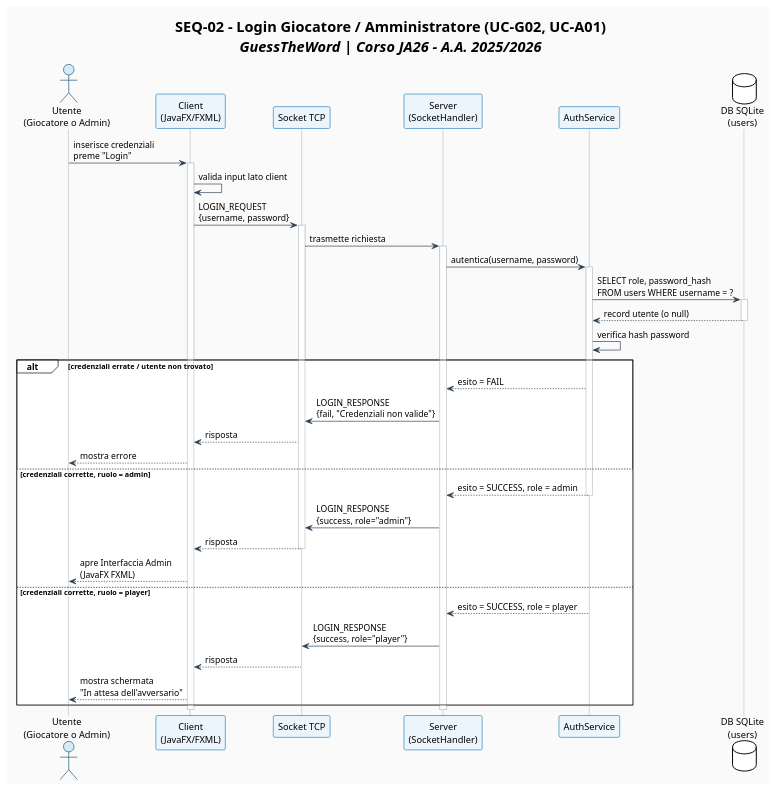
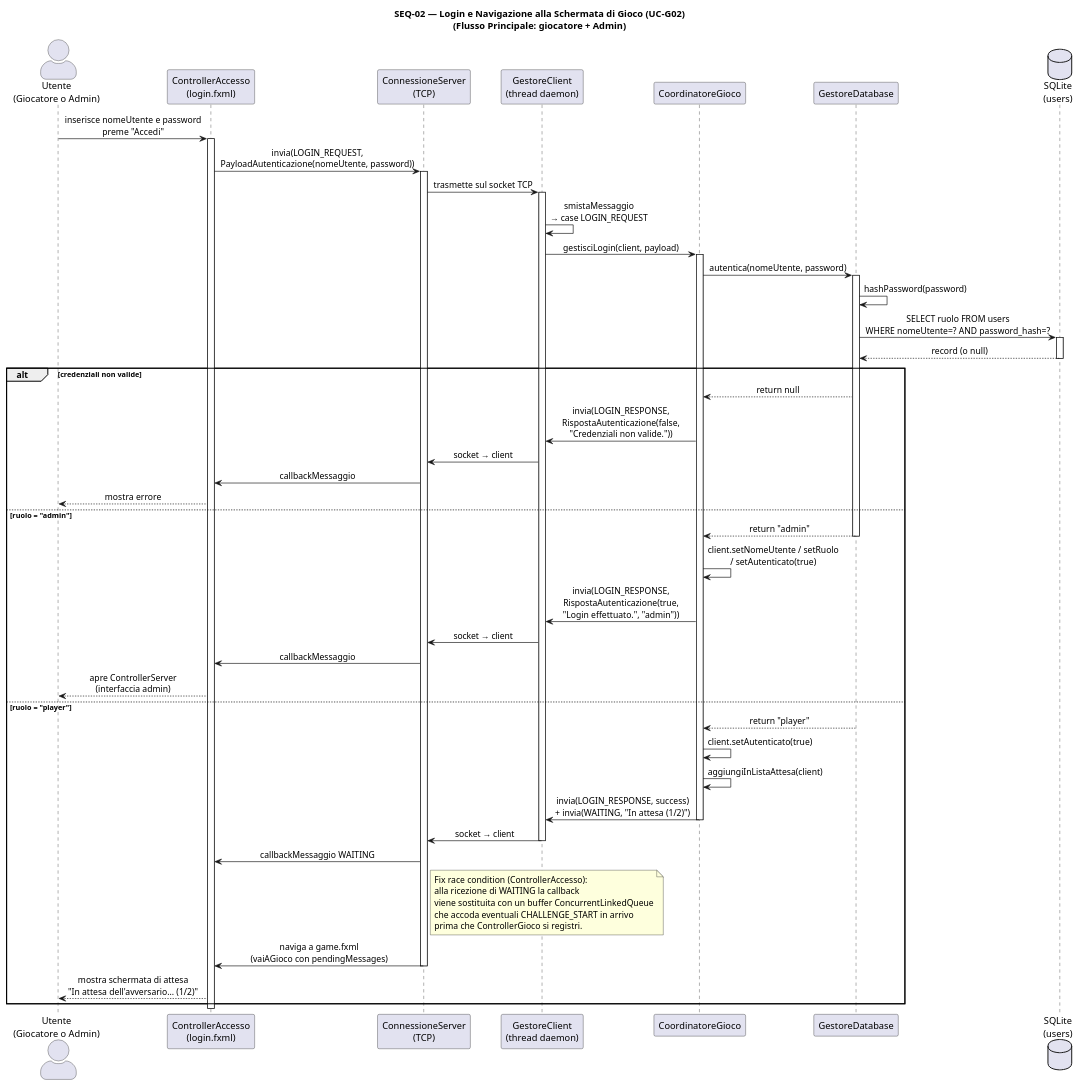
One commit to Michele-Pio-Russo/Progetto_Java_Avanzata_Gruppo_2 changed the diagram in Documenti/Diagrammi/SEQ_02_Login.puml. Above: the diagram before and after it, drawn with PlantUML. The commit also changed 188 other files, not shown here.

```diff
--- a/Documenti/Diagrammi/SEQ_02_Login.puml
+++ b/Documenti/Diagrammi/SEQ_02_Login.puml
@@ -1,64 +1,77 @@
 @startuml SEQ_02_Login
-!theme plain
-skinparam backgroundColor #FAFAFA
-skinparam sequence {
-    ArrowColor #2C3E50
-    ActorBorderColor #1A5276
-    ActorBackgroundColor #D6EAF8
-    ParticipantBorderColor #2980B9
-    ParticipantBackgroundColor #EBF5FB
-    LifeLineBorderColor #BDC3C7
-}
+skinparam actorStyle awesome
+skinparam sequenceMessageAlign center
 
-title <b>SEQ-02 – Login Giocatore / Amministratore (UC-G02, UC-A01)</b>\n<i>GuessTheWord | Corso JA26 – A.A. 2025/2026</i>
+title SEQ-02 — Login e Navigazione alla Schermata di Gioco (UC-G02)\n(Flusso Principale: giocatore + Admin)
 
 actor "Utente\n(Giocatore o Admin)" as User
-participant "Client\n(JavaFX/FXML)" as Client
-participant "Socket TCP" as Socket
-participant "Server\n(SocketHandler)" as Server
-participant "AuthService" as Auth
-database "DB SQLite\n(users)" as DB
+participant "ControllerAccesso\n(login.fxml)" as Ctrl
+participant "ConnessioneServer\n(TCP)" as Conn
+participant "GestoreClient\n(thread daemon)" as GC
+participant "CoordinatoreGioco" as Coord
+participant "GestoreDatabase" as DB
+database "SQLite\n(users)" as SQLite
 
-User -> Client : inserisce credenziali\npreme "Login"
-activate Client
+User -> Ctrl : inserisce nomeUtente e password\npreme "Accedi"
+activate Ctrl
 
-Client -> Client : valida input lato client
-Client -> Socket : LOGIN_REQUEST\n{username, password}
-activate Socket
-Socket -> Server : trasmette richiesta
-activate Server
+Ctrl -> Conn : invia(LOGIN_REQUEST,\nPayloadAutenticazione(nomeUtente, password))
+activate Conn
+Conn -> GC : trasmette sul socket TCP
+activate GC
 
-Server -> Auth : autentica(username, password)
-activate Auth
-Auth -> DB : SELECT role, password_hash\nFROM users WHERE username = ?
+GC -> GC : smistaMessaggio\n→ case LOGIN_REQUEST
+GC -> Coord : gestisciLogin(client, payload)
+activate Coord
+
+Coord -> DB : autentica(nomeUtente, password)
 activate DB
-DB --> Auth : record utente (o null)
-deactivate DB
+DB -> DB : hashPassword(password)
+DB -> SQLite : SELECT ruolo FROM users\nWHERE nomeUtente=? AND password_hash=?
+activate SQLite
+SQLite --> DB : record (o null)
+deactivate SQLite
 
-Auth -> Auth : verifica hash password
+alt credenziali non valide
+  DB --> Coord : return null
+  Coord -> GC : invia(LOGIN_RESPONSE,\nRispostaAutenticazione(false,\n"Credenziali non valide."))
+  GC -> Conn : socket → client
+  Conn -> Ctrl : callbackMessaggio
+  Ctrl --> User : mostra errore
 
-alt credenziali errate / utente non trovato
-    Auth --> Server : esito = FAIL
-    Server -> Socket : LOGIN_RESPONSE\n{fail, "Credenziali non valide"}
-    Socket --> Client : risposta
-    Client --> User : mostra errore
-else credenziali corrette, ruolo = admin
-    Auth --> Server : esito = SUCCESS, role = admin
-    deactivate Auth
-    Server -> Socket : LOGIN_RESPONSE\n{success, role="admin"}
-    Socket --> Client : risposta
-    deactivate Socket
-    Client --> User : apre Interfaccia Admin\n(JavaFX FXML)
-else credenziali corrette, ruolo = player
-    Auth --> Server : esito = SUCCESS, role = player
-    deactivate Auth
-    Server -> Socket : LOGIN_RESPONSE\n{success, role="player"}
-    Socket --> Client : risposta
-    deactivate Socket
-    Client --> User : mostra schermata\n"In attesa dell'avversario"
+else ruolo = "admin"
+  DB --> Coord : return "admin"
+  deactivate DB
+  Coord -> Coord : client.setNomeUtente / setRuolo\n/ setAutenticato(true)
+  Coord -> GC : invia(LOGIN_RESPONSE,\nRispostaAutenticazione(true,\n"Login effettuato.", "admin"))
+  GC -> Conn : socket → client
+  Conn -> Ctrl : callbackMessaggio
+  Ctrl --> User : apre ControllerServer\n(interfaccia admin)
+
+else ruolo = "player"
+  DB --> Coord : return "player"
+  deactivate DB
+  Coord -> Coord : client.setAutenticato(true)
+  Coord -> Coord : aggiungiInListaAttesa(client)
+  Coord -> GC : invia(LOGIN_RESPONSE, success)\n+ invia(WAITING, "In attesa (1/2)")
+  deactivate Coord
+  GC -> Conn : socket → client
+  deactivate GC
+  Conn -> Ctrl : callbackMessaggio WAITING
+
+  note right of Conn
+    Fix race condition (ControllerAccesso):
+    alla ricezione di WAITING la callback
+    viene sostituita con un buffer ConcurrentLinkedQueue
+    che accoda eventuali CHALLENGE_START in arrivo
+    prima che ControllerGioco si registri.
+  end note
+
+  Conn -> Ctrl : naviga a game.fxml\n(vaiAGioco con pendingMessages)
+  deactivate Conn
+  Ctrl --> User : mostra schermata di attesa\n"In attesa dell'avversario... (1/2)"
 end
 
-deactivate Server
-deactivate Client
+deactivate Ctrl
 
 @enduml
```
